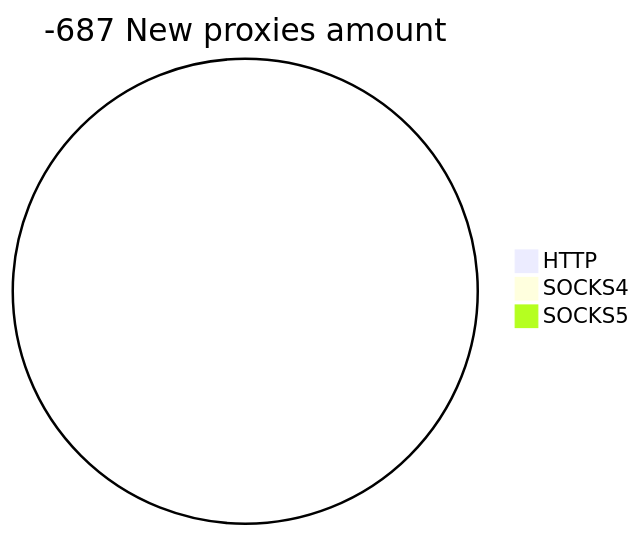
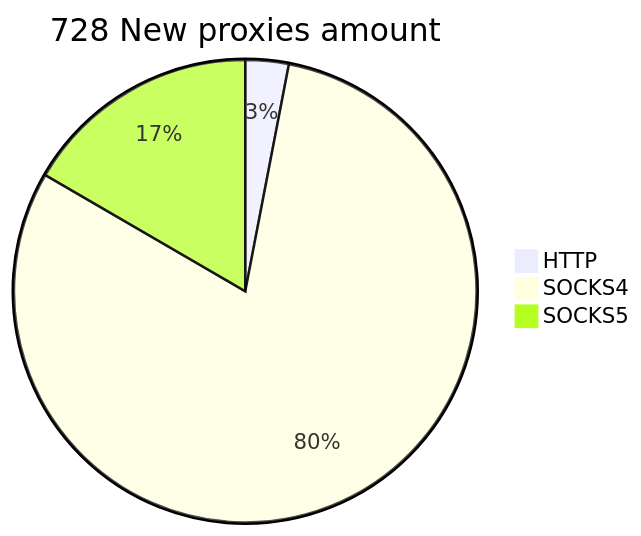
One commit to cutipu/proxylist changed the second of 2 diagrams in README.md. Above: the diagram before and after it, drawn with Mermaid. The commit also changed other lines of this file, not shown here.

````diff
--- a/README.md
+++ b/README.md
@@ -10,6 +10,6 @@
 ```mermaid
-pie title -687 New proxies amount
-    "HTTP" : 0
-    "SOCKS4" : 0
-    "SOCKS5" : 0
+pie title 728 New proxies amount
+    "HTTP" : 22
+    "SOCKS4" : 585
+    "SOCKS5" : 121
 ```
````
